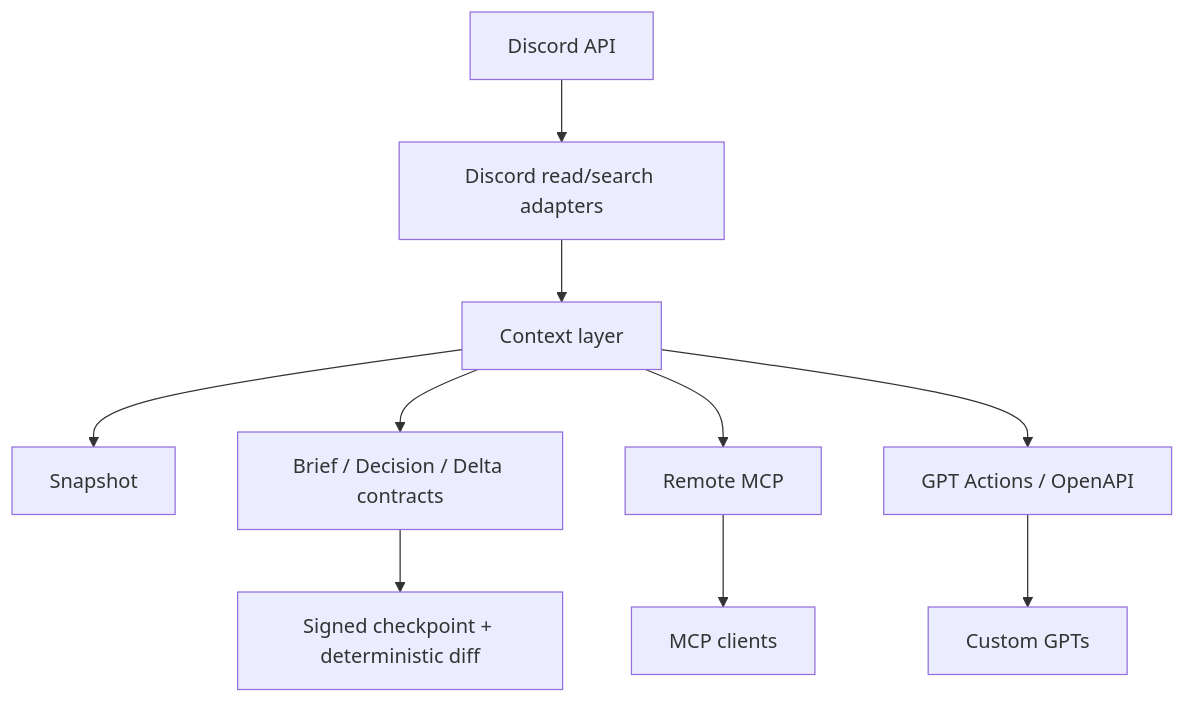
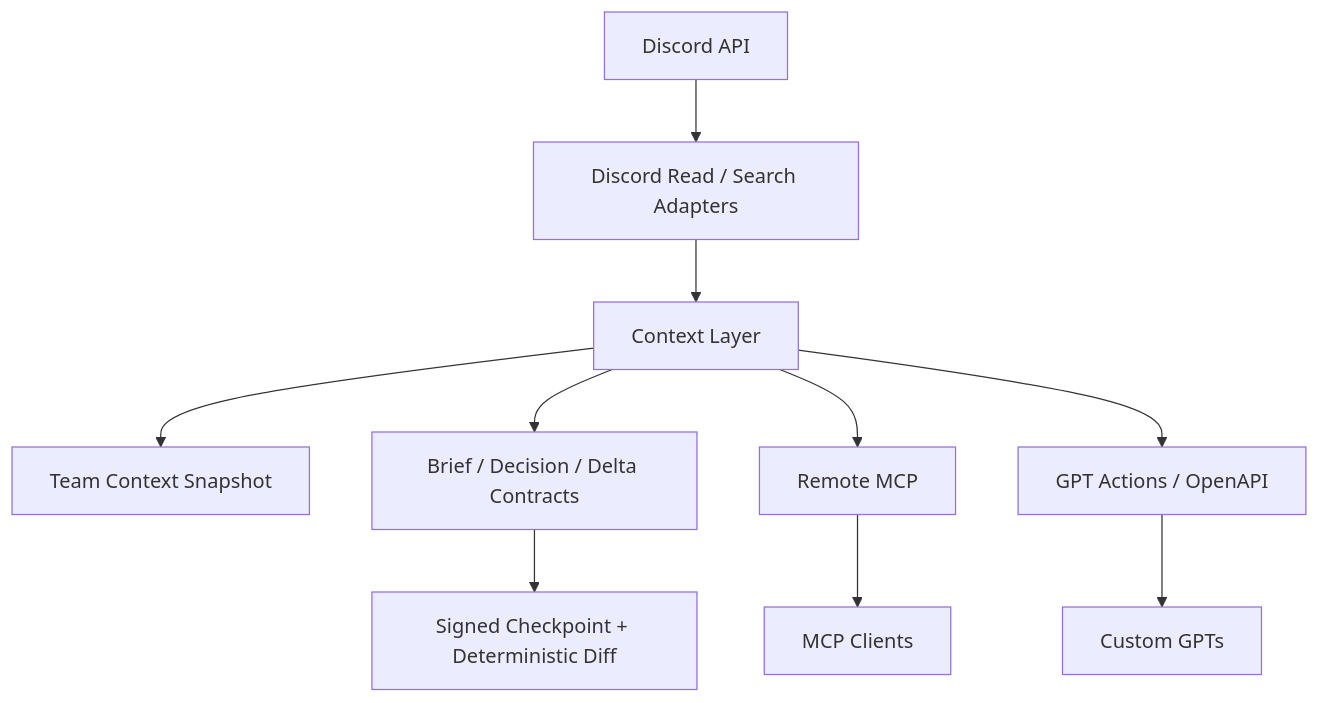
One commit to 4hglee-ops/gyuniverse-discord-bridge changed the diagram in README.md. Above: the diagram before and after it, drawn with Mermaid. The commit also changed other lines of this file, not shown here.

````diff
--- a/README.md
+++ b/README.md
@@ -228,12 +242,12 @@
 ```mermaid
 flowchart TD
-    D[Discord API] --> R[Discord read/search adapters]
-    R --> C[Context layer]
-    C --> S[Snapshot]
-    C --> B[Brief / Decision / Delta contracts]
-    B --> K[Signed checkpoint + deterministic diff]
+    D[Discord API] --> R[Discord Read / Search Adapters]
+    R --> C[Context Layer]
+    C --> S[Team Context Snapshot]
+    C --> B[Brief / Decision / Delta Contracts]
+    B --> K[Signed Checkpoint + Deterministic Diff]
     C --> M[Remote MCP]
     C --> A[GPT Actions / OpenAPI]
-    M --> MC[MCP clients]
+    M --> MC[MCP Clients]
     A --> GPT[Custom GPTs]
 ```
````
